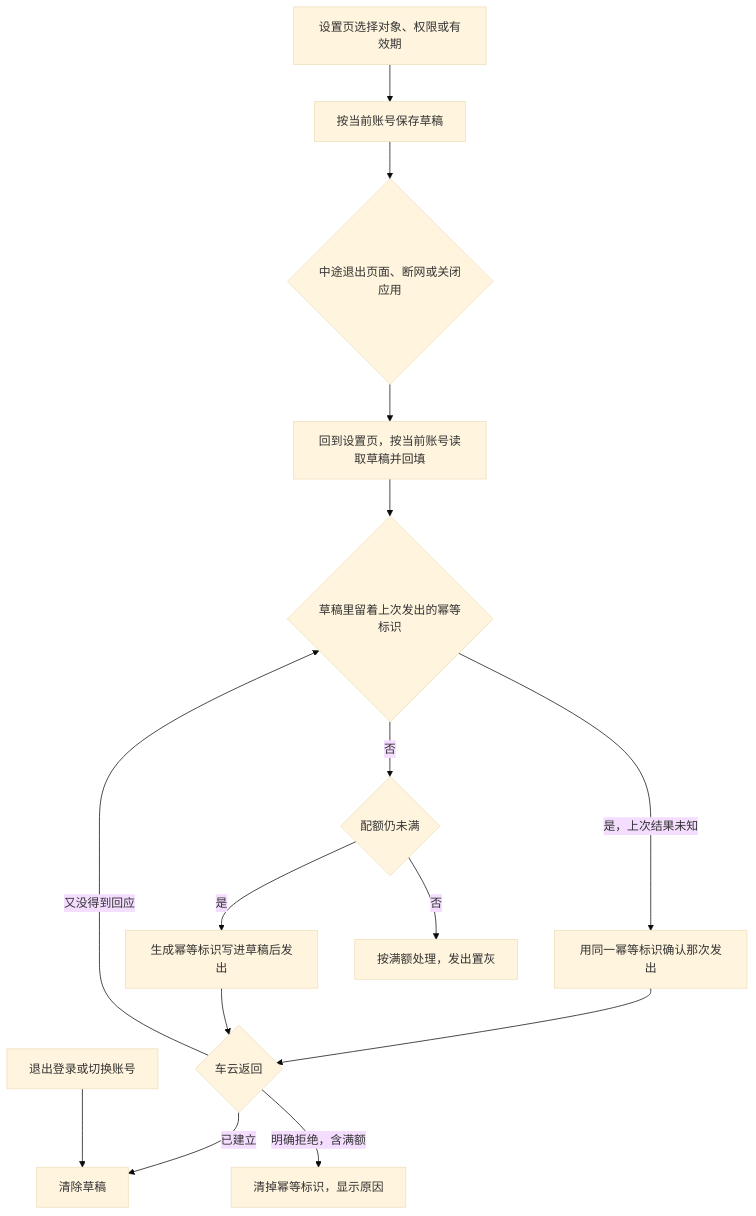
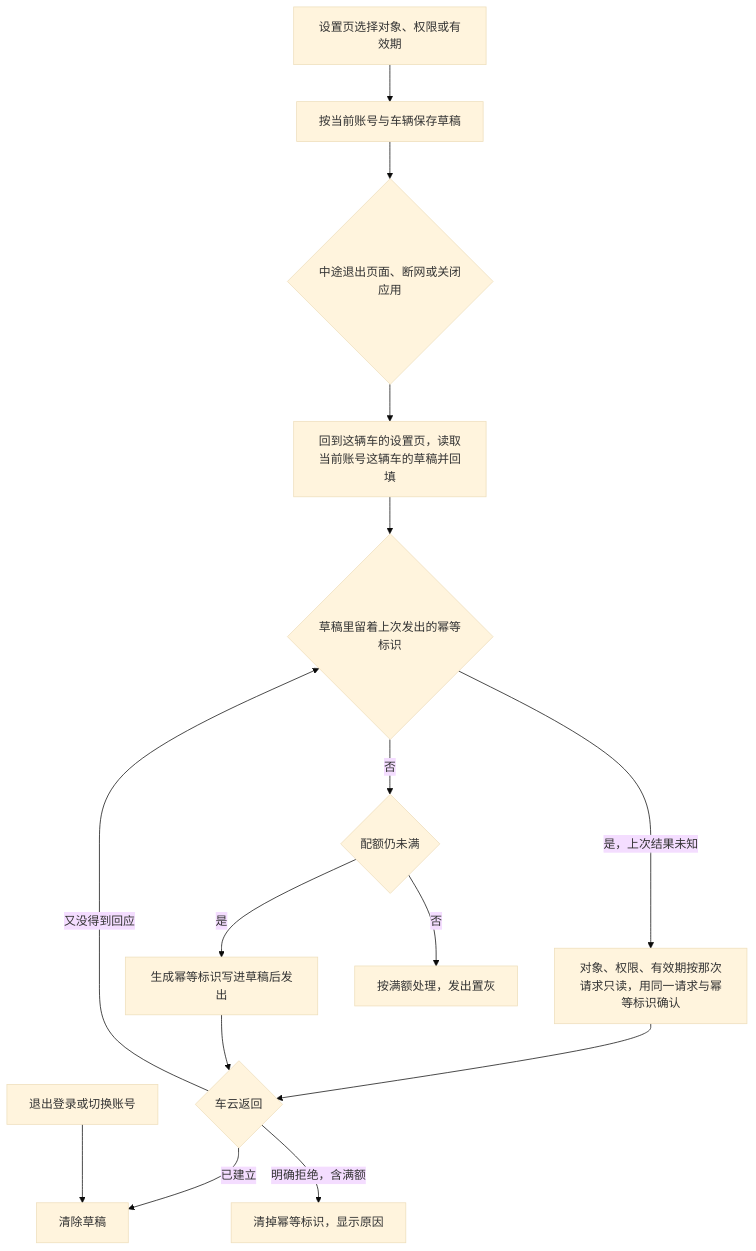
The fourth of 7 diagrams in doc/plan/1.9.9/金样候选/car-key-sharing/AR/story.md (sqsqsq/SimulatedWalletForHmos), drawn with Mermaid (base theme) before and after one commit. The commit also changed other lines of this file and 51 other files, not shown here.

````diff
--- a/doc/plan/1.9.9/金样候选/car-key-sharing/AR/story.md
+++ b/doc/plan/1.9.9/金样候选/car-key-sharing/AR/story.md
@@ -280,18 +280,18 @@
 ```mermaid
 %% 图源 spec §5.3 #1
 flowchart TD
-    A[设置页选择对象、权限或有效期] --> S[按当前账号保存草稿]
+    A[设置页选择对象、权限或有效期] --> S[按当前账号与车辆保存草稿]
     S --> I{中途退出页面、断网或关闭应用}
-    I --> R[回到设置页，按当前账号读取草稿并回填]
+    I --> R[回到这辆车的设置页，读取当前账号这辆车的草稿并回填]
     R --> U{草稿里留着上次发出的幂等标识}
-    U -->|是，上次结果未知| K[用同一幂等标识确认那次发出]
+    U -->|是，上次结果未知| K[对象、权限、有效期按那次请求只读，用同一请求与幂等标识确认]
     U -->|否| Q{配额仍未满}
     Q -->|是| F[生成幂等标识写进草稿后发出]
     Q -->|否| QF[按满额处理，发出置灰]
     K --> D{车云返回}
     F --> D
     D -->|已建立| C[清除草稿]
     D -->|明确拒绝，含满额| X[清掉幂等标识，显示原因]
     D -->|又没得到回应| U
     L[退出登录或切换账号] --> C
 ```
````
